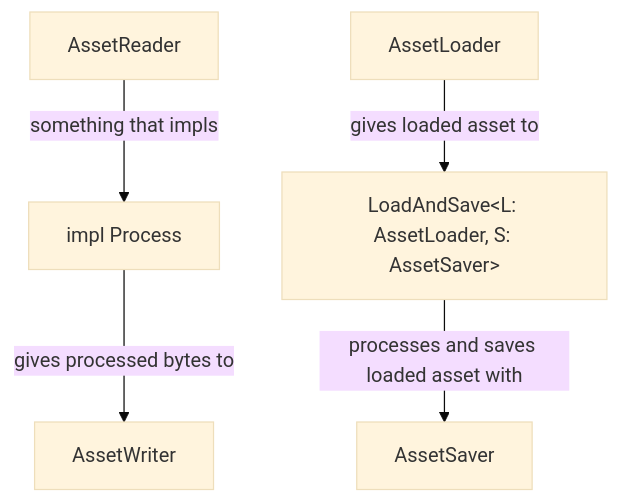
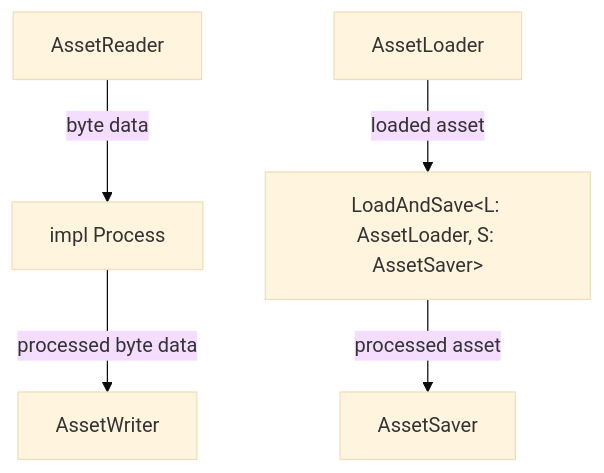
Before and after one commit to thepackett/BevyAssetsScratchpad: the third of 6 diagrams in README.md, drawn with Mermaid (base theme).

Commit message:
Final draft

````diff
--- a/README.md
+++ b/README.md
@@ -35,13 +35,13 @@
 ```mermaid
 graph TD
-asset_reader -->|something that impls| process_trait
-process_trait -->|gives processed bytes to| asset_writer
-asset_loader -->|gives loaded asset to| load_save_processor
-load_save_processor -->|processes and saves loaded asset with| asset_saver
+asset_reader -->|byte data| process_trait
+process_trait -->|processed byte data| asset_writer
+asset_loader -->|loaded asset| load_save_processor
+load_save_processor -->|processed asset| asset_saver
 asset_reader["AssetReader"]
 asset_writer["AssetWriter"]
 asset_loader["AssetLoader"]
 asset_saver["AssetSaver"]
 process_trait["impl Process"]
 load_save_processor["LoadAndSave&lt;L: AssetLoader, S: AssetSaver&gt;"]
 ```
````
